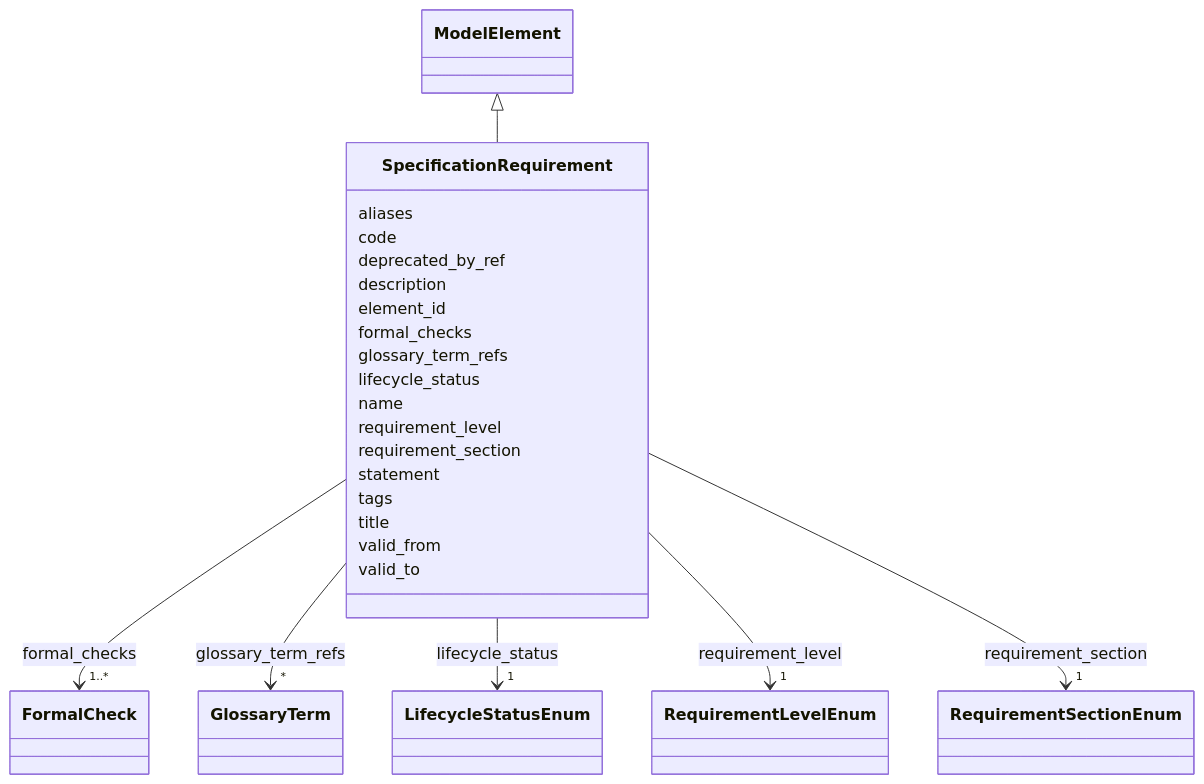
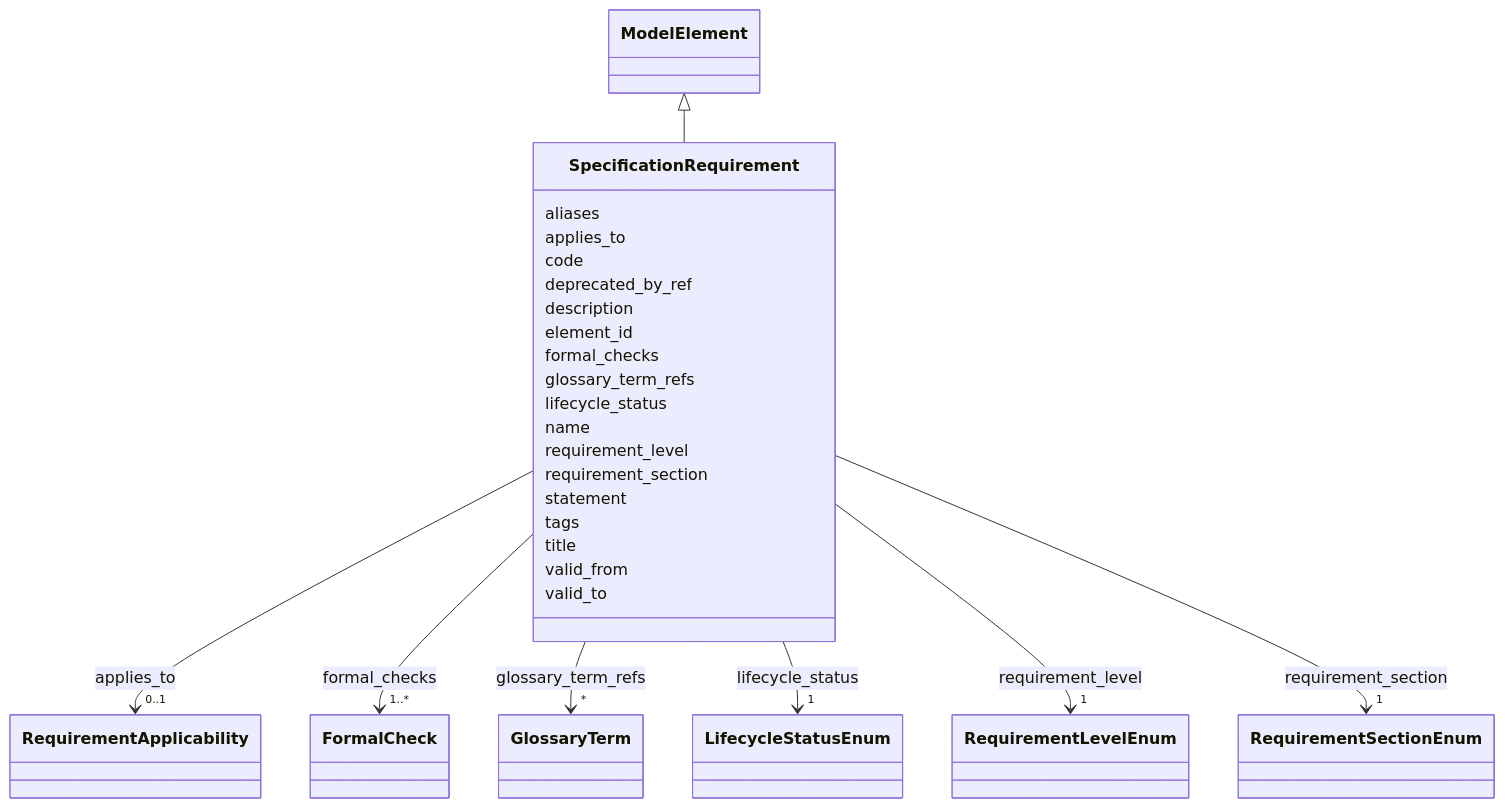
One commit to oista/moex-data-model changed the diagram in generated/artifacts/moex-dams/0.1/diagrams/SpecificationRequirement.md. Above: the diagram before and after it, drawn with Mermaid. The commit also changed 68 other files, not shown here.

```diff
--- a/generated/artifacts/moex-dams/0.1/diagrams/SpecificationRequirement.md
+++ b/generated/artifacts/moex-dams/0.1/diagrams/SpecificationRequirement.md
@@ -9,6 +9,17 @@
         click ModelElement href "../ModelElement"
       
       SpecificationRequirement : aliases
+        
+      SpecificationRequirement : applies_to
+        
+          
+    
+        
+        
+        SpecificationRequirement --> "0..1" RequirementApplicability : applies_to
+        click RequirementApplicability href "../RequirementApplicability"
+    
+
         
       SpecificationRequirement : code
         
```
